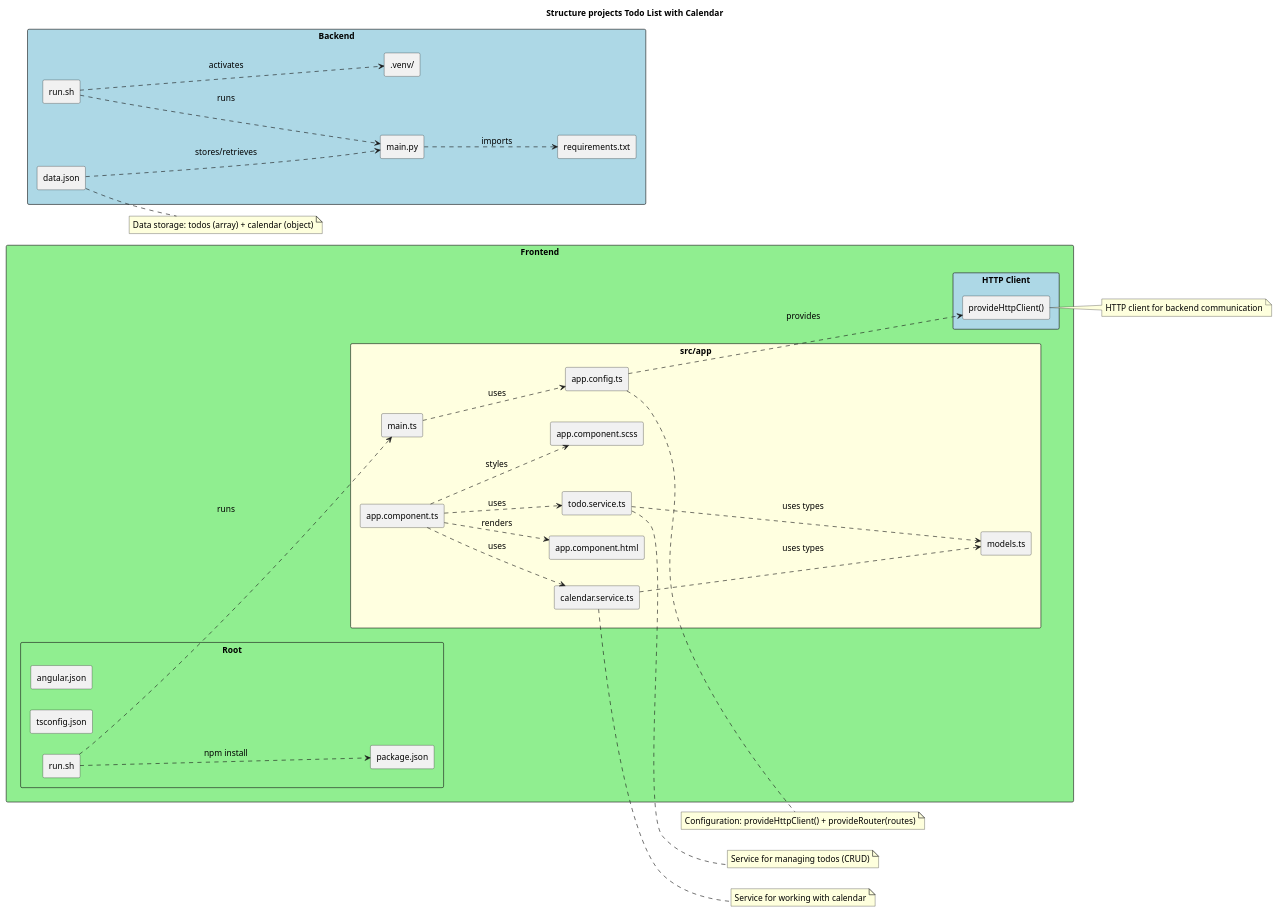
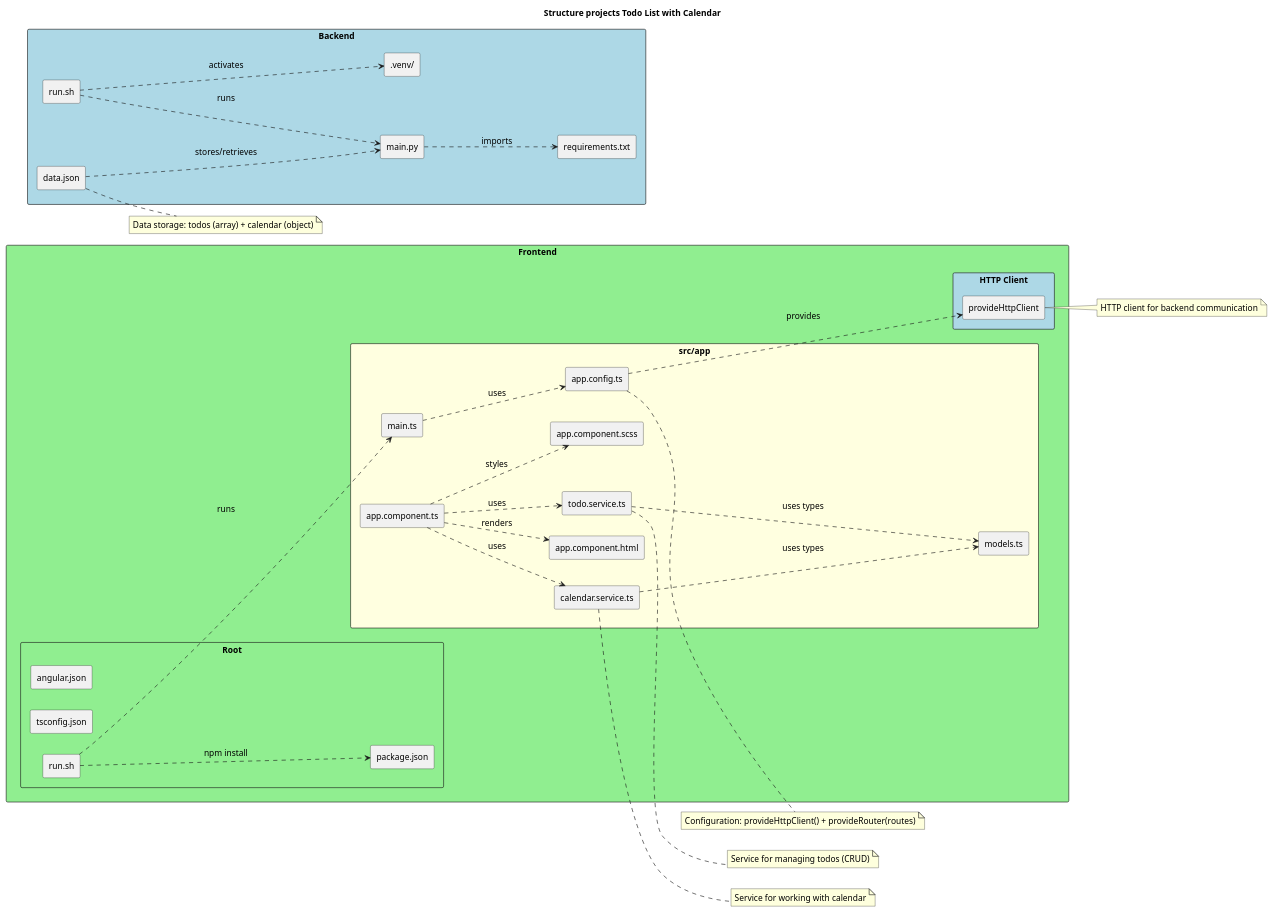
One commit to artyomich/proj1 changed the diagram in project_structure.puml. Above: the diagram before and after it, drawn with PlantUML. The commit also changed 22 other files, not shown here.

First line of the commit message:
Add C1-C4 C4-architecture diagrams and project structure visualization

```diff
--- a/project_structure.puml
+++ b/project_structure.puml
@@ -1,79 +1,80 @@
+@startuml
 title Structure projects Todo List with Calendar
 
 skinparam backgroundColor #FFFFFF
 skinparam componentStyle rectangle
 skinparam packageStyle rectangle
 skinparam defaultFontName Arial
 skinparam defaultFontSize 14
 
 left to right direction
 
 package "Backend" #LightBlue {
     [main.py] as main_py
     [requirements.txt] as requirements
     [run.sh] as run_sh
     [data.json] as data_json
     [.venv/] as venv
 }
 
 package "Frontend" #LightGreen {
     package "Root" {
         [angular.json] as angular
         [package.json] as package
         [tsconfig.json] as tsconfig
         [run.sh] as run_sh_fe
     }
     
     package "src/app" #LightYellow {
         [app.component.ts] as app_comp
         [app.component.html] as app_html
         [app.component.scss] as app_scss
         [app.config.ts] as app_conf
         [todo.service.ts] as todo_svc
         [calendar.service.ts] as cal_svc
         [models.ts] as models
         [main.ts] as main_ts
     }
     
     package "HTTP Client" #LightBlue {
-        [provideHttpClient()] as http_client
+        [provideHttpClient] as http_client
     }
 }
 
 data_json -.-> main_py : stores/retrieves
 main_py -.-> requirements : imports
 run_sh -.-> venv : activates
 run_sh -.-> main_py : runs
 
 run_sh_fe -.-> package : npm install
 run_sh_fe -.-> main_ts : runs
 main_ts -.-> app_conf : uses
 app_comp -.-> app_html : renders
 app_comp -.-> app_scss : styles
 app_comp -.-> todo_svc : uses
 app_comp -.-> cal_svc : uses
 todo_svc -.-> models : uses types
 cal_svc -.-> models : uses types
 app_conf -.-> http_client : provides
 
 note right of app_conf
   Configuration: provideHttpClient() + provideRouter(routes)
 end note
 
 note right of todo_svc
   Service for managing todos (CRUD)
 end note
 
 note right of cal_svc
   Service for working with calendar
 end note
 
 note right of data_json
   Data storage: todos (array) + calendar (object)
 end note
 
 note right of http_client
   HTTP client for backend communication
 end note
 
 @enduml
```
